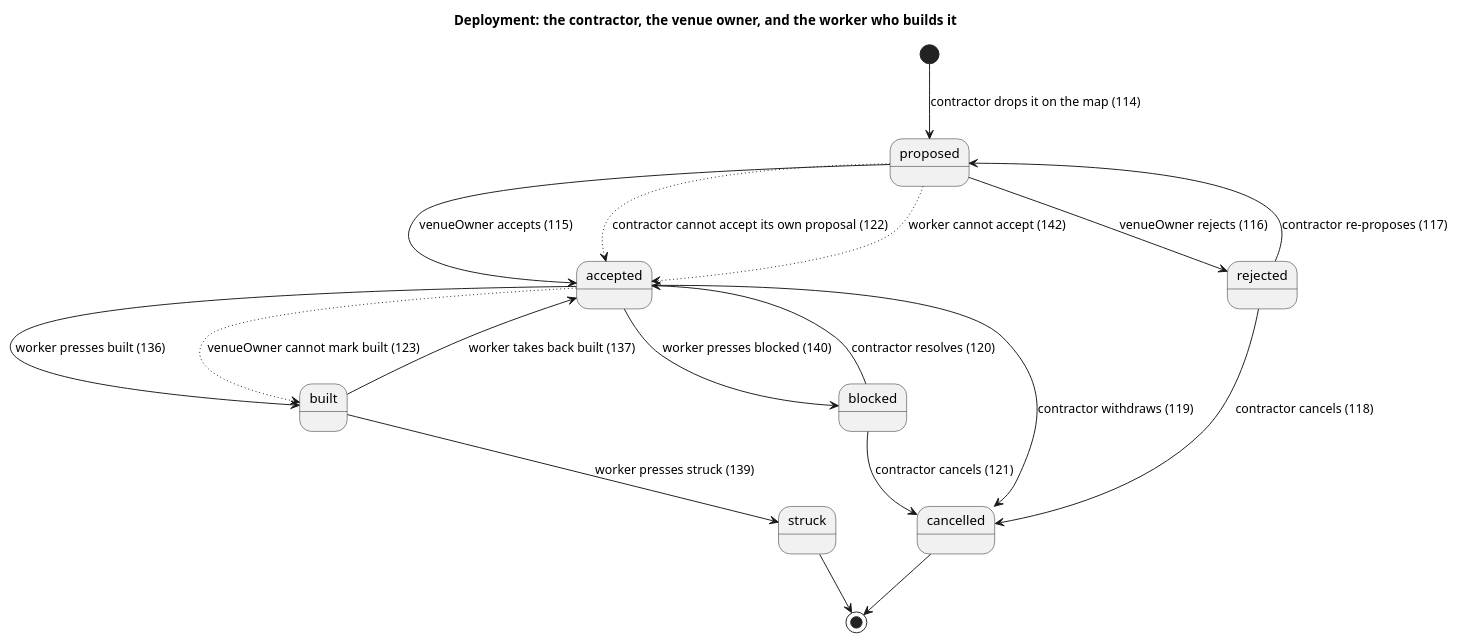
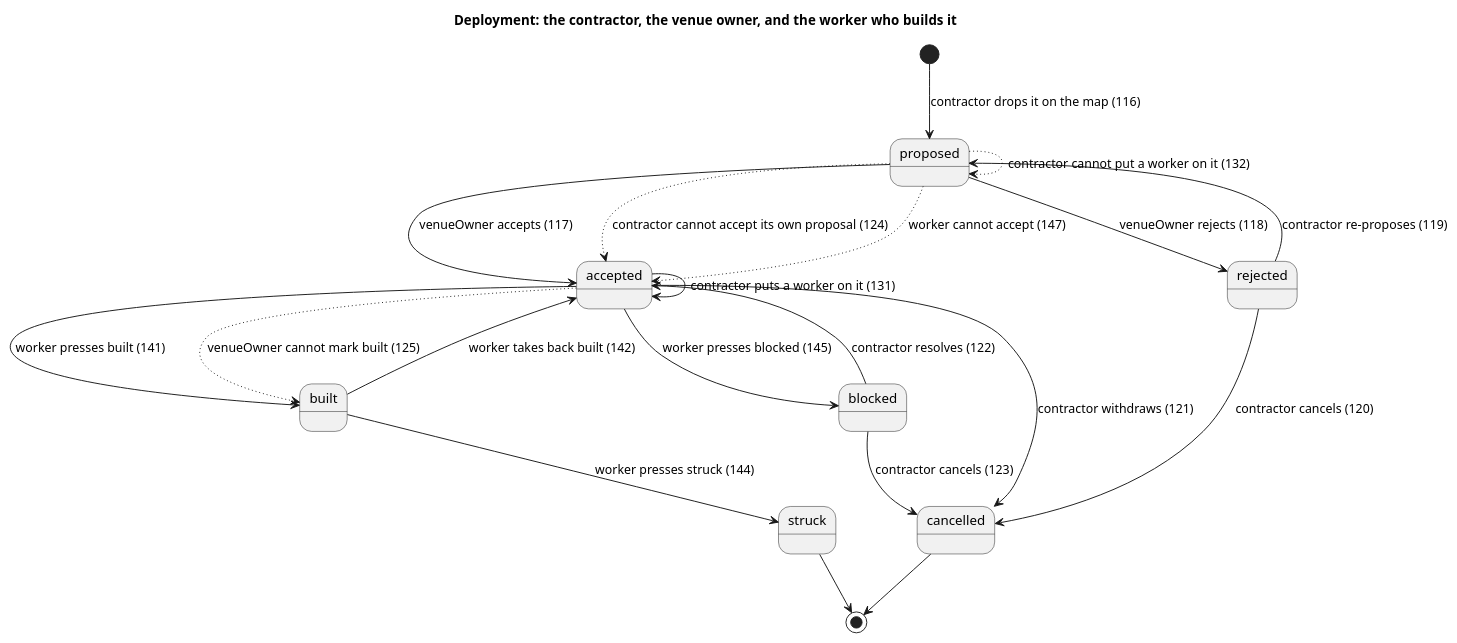
One commit to blueshed/dzql changed the diagram in uml/londons/src/deployment.puml. Above: the diagram before and after it, drawn with PlantUML. The commit also changed 15 other files, not shown here.

```diff
--- a/uml/londons/src/deployment.puml
+++ b/uml/londons/src/deployment.puml
@@ -1,20 +1,22 @@
 @startuml
 title Deployment: the contractor, the venue owner, and the worker who builds it
-[*] --> proposed : contractor drops it on the map (114)
-proposed --> accepted : venueOwner accepts (115)
-proposed --> rejected : venueOwner rejects (116)
-rejected --> proposed : contractor re-proposes (117)
-rejected --> cancelled : contractor cancels (118)
-accepted --> cancelled : contractor withdraws (119)
-accepted --> built : worker presses built (136)
-accepted --> blocked : worker presses blocked (140)
-blocked --> accepted : contractor resolves (120)
-blocked --> cancelled : contractor cancels (121)
-built --> accepted : worker takes back built (137)
-built --> struck : worker presses struck (139)
-proposed -[dotted]-> accepted : contractor cannot accept its own proposal (122)
-proposed -[dotted]-> accepted : worker cannot accept (142)
-accepted -[dotted]-> built : venueOwner cannot mark built (123)
+[*] --> proposed : contractor drops it on the map (116)
+proposed --> accepted : venueOwner accepts (117)
+proposed --> rejected : venueOwner rejects (118)
+rejected --> proposed : contractor re-proposes (119)
+rejected --> cancelled : contractor cancels (120)
+accepted --> cancelled : contractor withdraws (121)
+accepted --> accepted : contractor puts a worker on it (131)
+accepted --> built : worker presses built (141)
+accepted --> blocked : worker presses blocked (145)
+blocked --> accepted : contractor resolves (122)
+blocked --> cancelled : contractor cancels (123)
+built --> accepted : worker takes back built (142)
+built --> struck : worker presses struck (144)
+proposed -[dotted]-> accepted : contractor cannot accept its own proposal (124)
+proposed -[dotted]-> accepted : worker cannot accept (147)
+accepted -[dotted]-> built : venueOwner cannot mark built (125)
+proposed -[dotted]-> proposed : contractor cannot put a worker on it (132)
 struck --> [*]
 cancelled --> [*]
 @enduml
```
